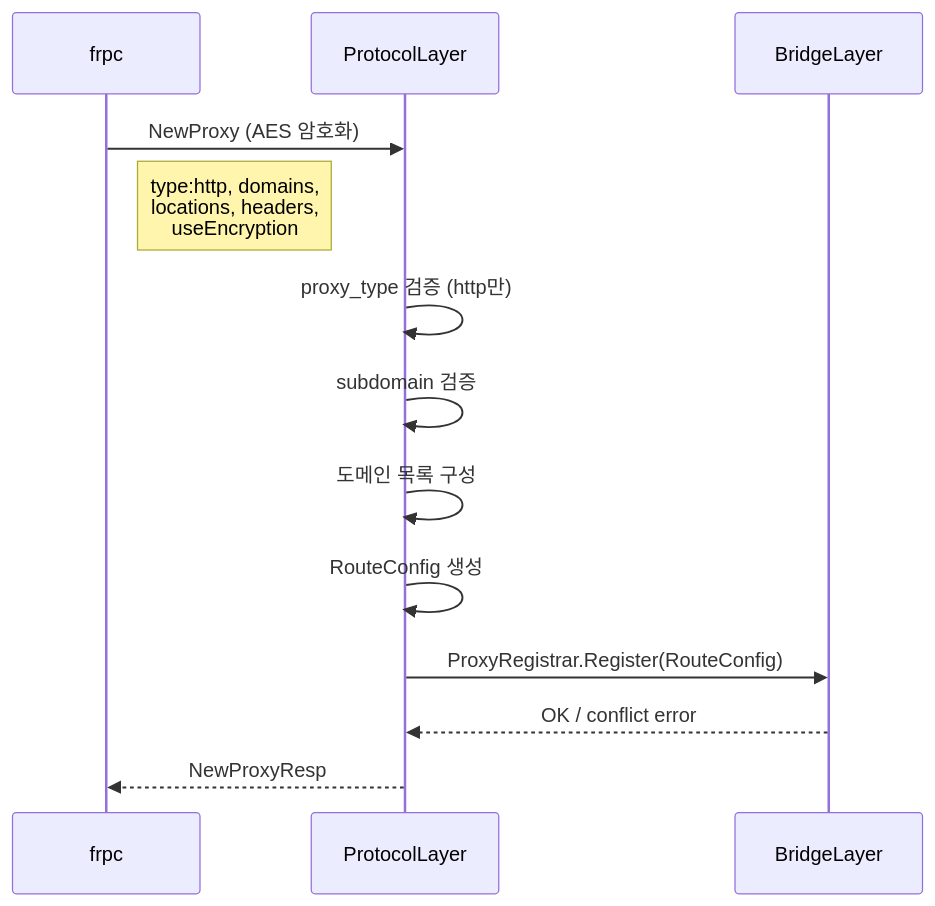
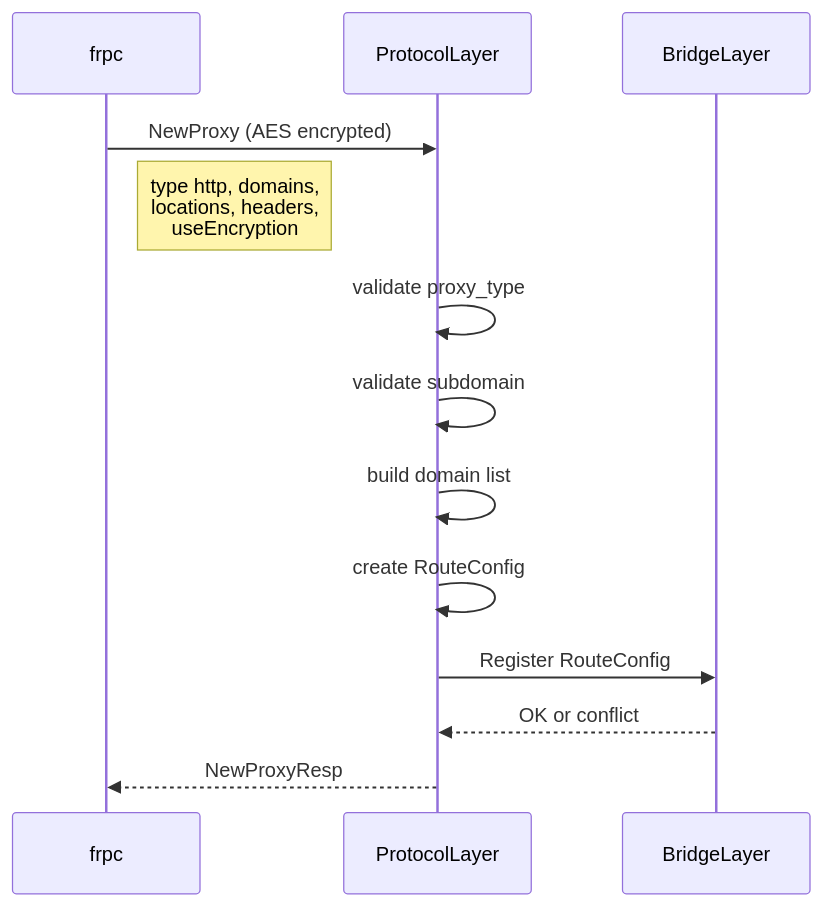
One commit to cagojeiger/drp changed the fourth of 6 diagrams in docs/architecture/protocol-layer.md. Above: the diagram before and after it, drawn with Mermaid. The commit also changed other lines of this file and 2 other files, not shown here.

First line of the commit message:
fix(docs): fix Mermaid syntax for VS Code compatibility

````diff
--- a/docs/architecture/protocol-layer.md
+++ b/docs/architecture/protocol-layer.md
@@ -88,17 +88,17 @@
 ```mermaid
 sequenceDiagram
     participant F as frpc
     participant P as ProtocolLayer
     participant B as BridgeLayer
 
-    F->>P: NewProxy (AES 암호화)
-    Note right of F: type:http, domains,<br/>locations, headers,<br/>useEncryption
+    F->>P: NewProxy (AES encrypted)
+    Note right of F: type http, domains,<br/>locations, headers,<br/>useEncryption
 
-    P->>P: proxy_type 검증 (http만)
-    P->>P: subdomain 검증
-    P->>P: 도메인 목록 구성
-    P->>P: RouteConfig 생성
-    P->>B: ProxyRegistrar.Register(RouteConfig)
-    B-->>P: OK / conflict error
+    P->>P: validate proxy_type
+    P->>P: validate subdomain
+    P->>P: build domain list
+    P->>P: create RouteConfig
+    P->>B: Register RouteConfig
+    B-->>P: OK or conflict
     P-->>F: NewProxyResp
 ```
````
